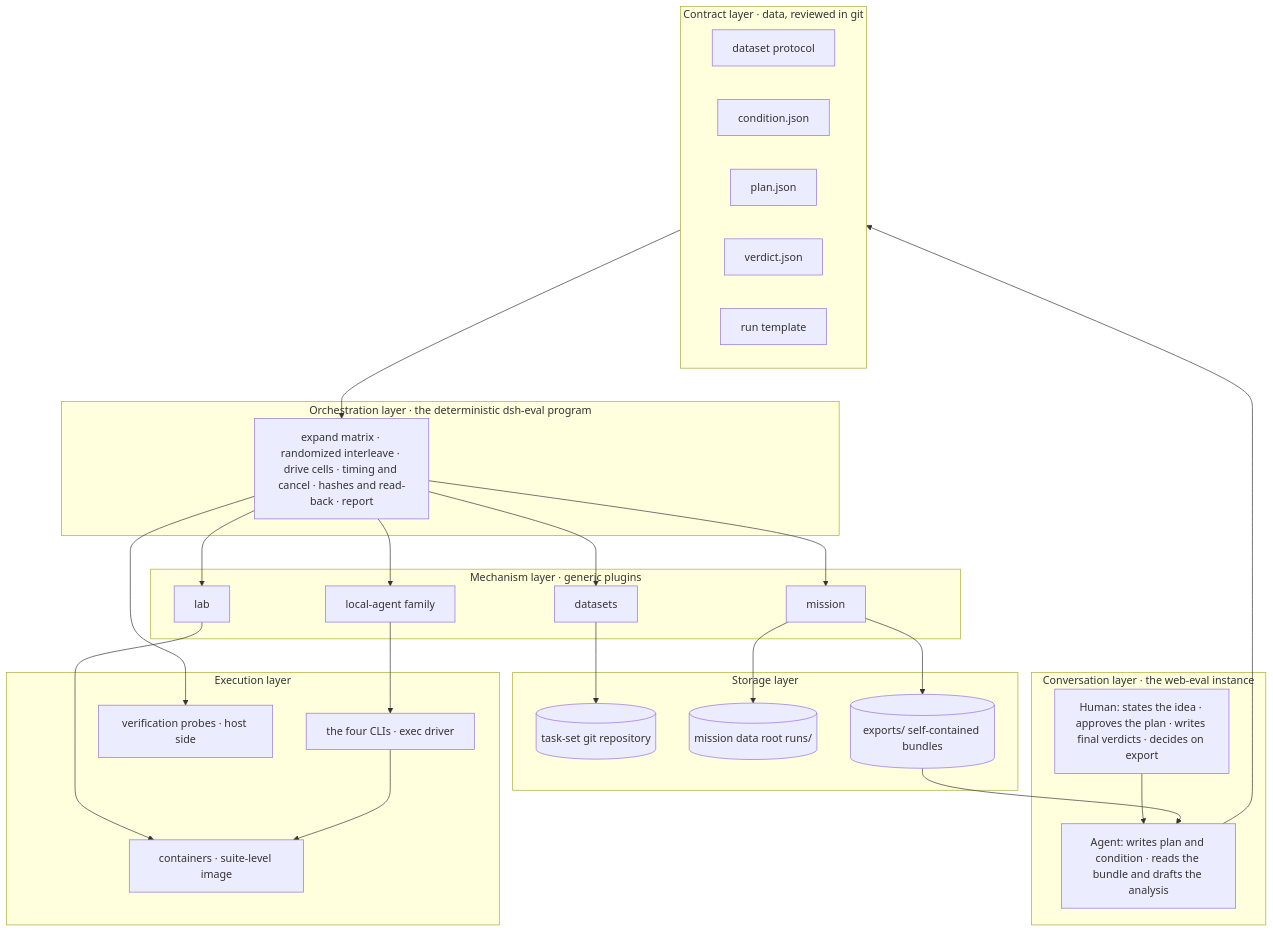
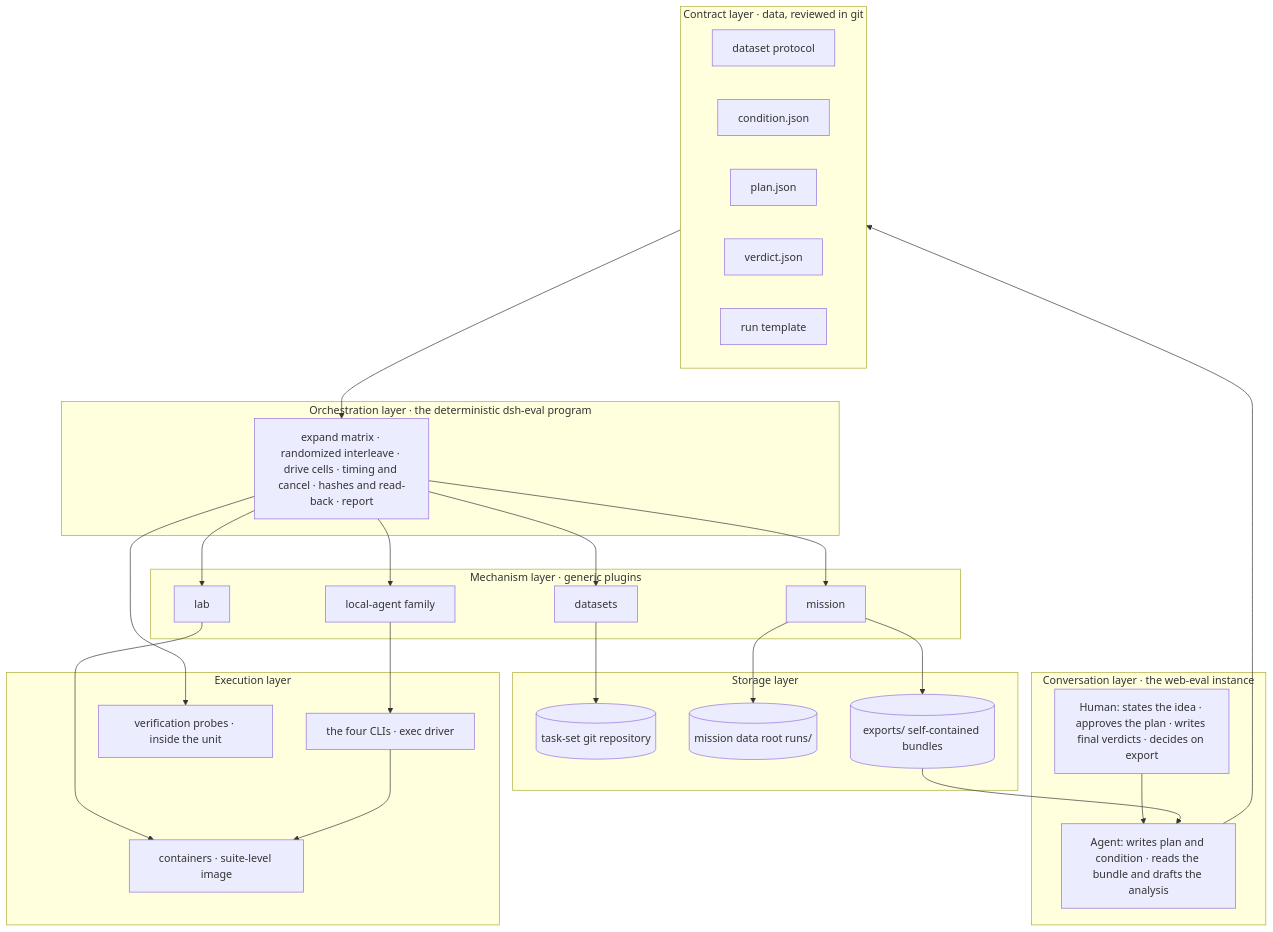
One commit to Khorsheed/dsh-plugins changed the first of 2 diagrams in profiles/web-eval/README.en.md. Above: the diagram before and after it, drawn with Mermaid. The commit also changed other lines of this file and 9 other files, not shown here.

````diff
--- a/profiles/web-eval/README.en.md
+++ b/profiles/web-eval/README.en.md
@@ -21,48 +21,48 @@
 ```mermaid
 flowchart TB
   subgraph L1[Conversation layer · the web-eval instance]
     H[Human: states the idea · approves the plan · writes final verdicts · decides on export]
     A[Agent: writes plan and condition · reads the bundle and drafts the analysis]
   end
   subgraph L2[Contract layer · data, reviewed in git]
     C1[dataset protocol]
     C2[condition.json]
     C3[plan.json]
     C4[verdict.json]
     C5[run template]
   end
   subgraph L3[Orchestration layer · the deterministic dsh-eval program]
     O[expand matrix · randomized interleave · drive cells · timing and cancel · hashes and read-back · report]
   end
   subgraph L4[Mechanism layer · generic plugins]
     D[datasets]
     M[mission]
     LB[lab]
     LA[local-agent family]
   end
   subgraph L5[Execution layer]
     K[containers · suite-level image]
     CLI[the four CLIs · exec driver]
-    V[verification probes · host side]
+    V[verification probes · inside the unit]
   end
   subgraph L6[Storage layer]
     G[(task-set git repository)]
     R[(mission data root runs/)]
     X[(exports/ self-contained bundles)]
   end
   H --> A
   A --> L2
   L2 --> O
   O --> D
   O --> M
   O --> LB
   O --> LA
   O --> V
   D --> G
   M --> R
   LB --> K
   LA --> CLI
   CLI --> K
   M --> X
   X --> A
 ```
````
